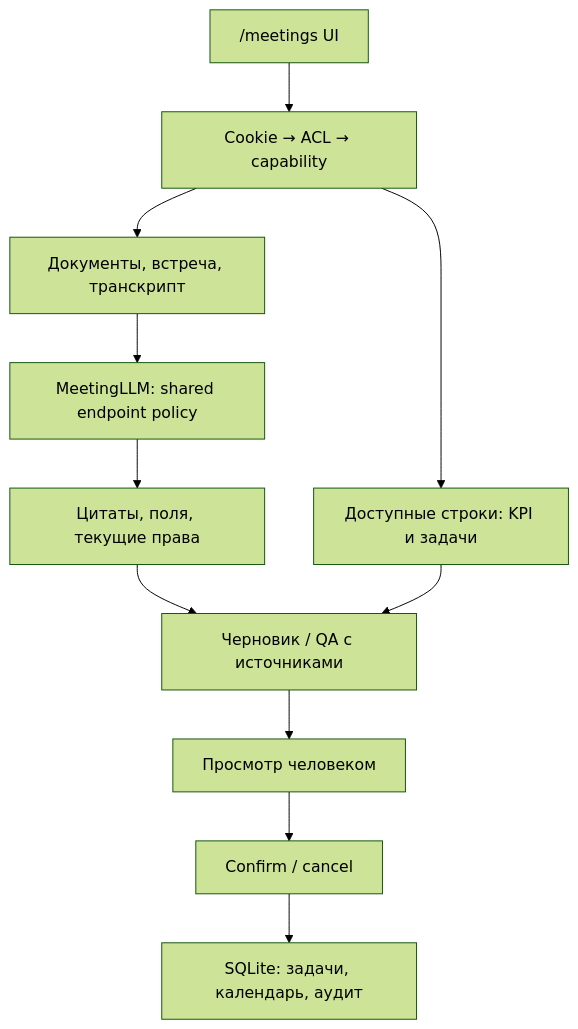
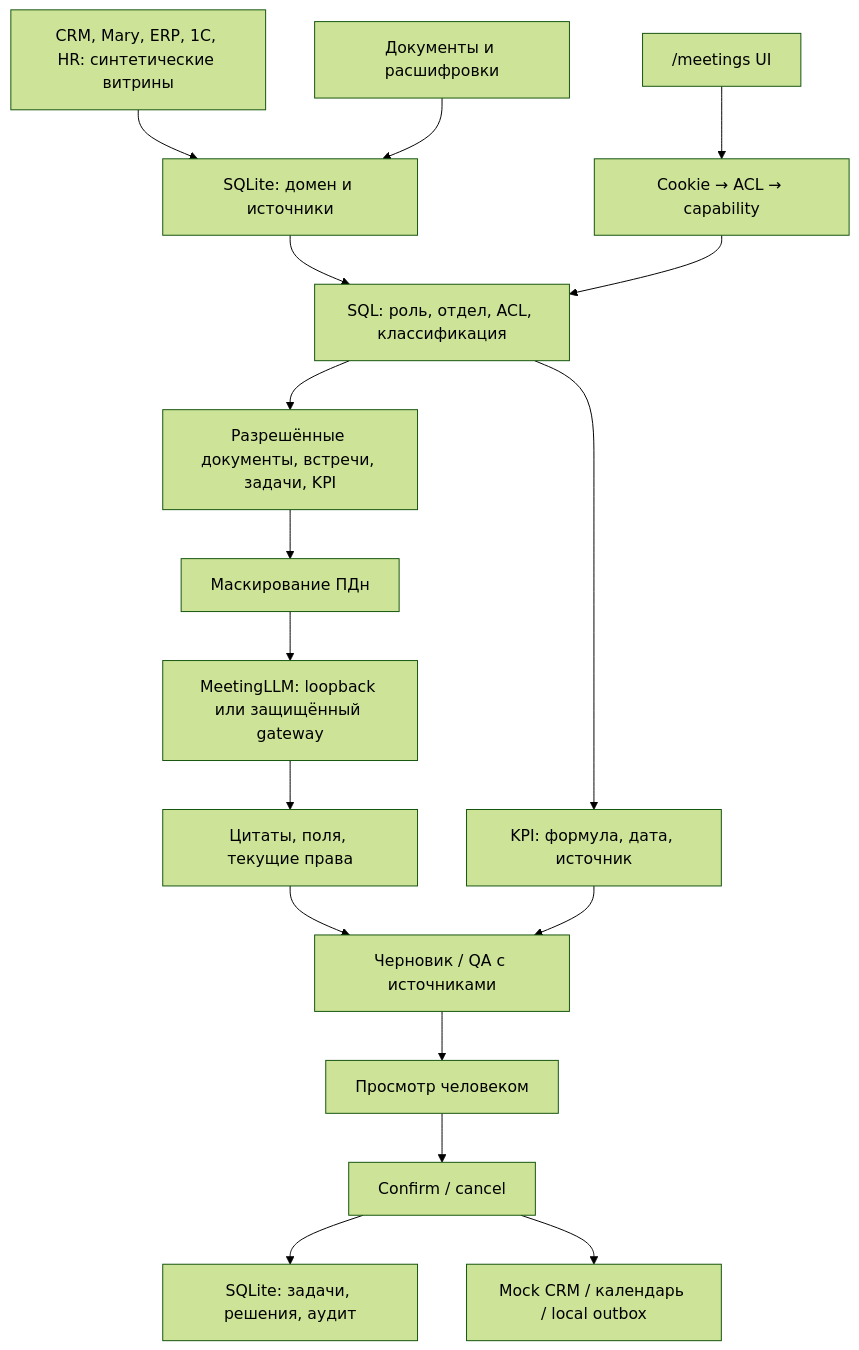
Before and after one commit to yougmilee2642-a11y/iug6767hhh: the diagram in docs/track3-release/ARCHITECTURE.md, drawn with Mermaid (forest theme). The commit also changed other lines of this file and 24 other files, not shown here.

````diff
--- a/docs/track3-release/ARCHITECTURE.md
+++ b/docs/track3-release/ARCHITECTURE.md
@@ -3,13 +3,19 @@
 ```mermaid
 flowchart TD
+  Sources["CRM, Mary, ERP, 1С, HR: синтетические витрины"] --> Store["SQLite: домен и источники"]
+  Files["Документы и расшифровки"] --> Store
+  Store --> Policy["SQL: роль, отдел, ACL, классификация"]
   UI["/meetings UI"] --> Auth["Cookie → ACL → capability"]
-  Auth --> Read["Документы, встреча, транскрипт"]
-  Read --> LLM["MeetingLLM: shared endpoint policy"]
+  Auth --> Policy
+  Policy --> Read["Разрешённые документы, встречи, задачи, KPI"]
+  Read --> Mask["Маскирование ПДн"]
+  Mask --> LLM["MeetingLLM: loopback или защищённый gateway"]
   LLM --> Verify["Цитаты, поля, текущие права"]
   Verify --> Draft["Черновик / QA с источниками"]
   Draft --> Human["Просмотр человеком"]
   Human --> Confirm["Confirm / cancel"]
-  Confirm --> DB["SQLite: задачи, календарь, аудит"]
-  Auth --> KPIs["Доступные строки: KPI и задачи"]
+  Confirm --> DB["SQLite: задачи, решения, аудит"]
+  Confirm --> Outbox["Mock CRM / календарь / local outbox"]
+  Policy --> KPIs["KPI: формула, дата, источник"]
   KPIs --> Draft
 ```
````
